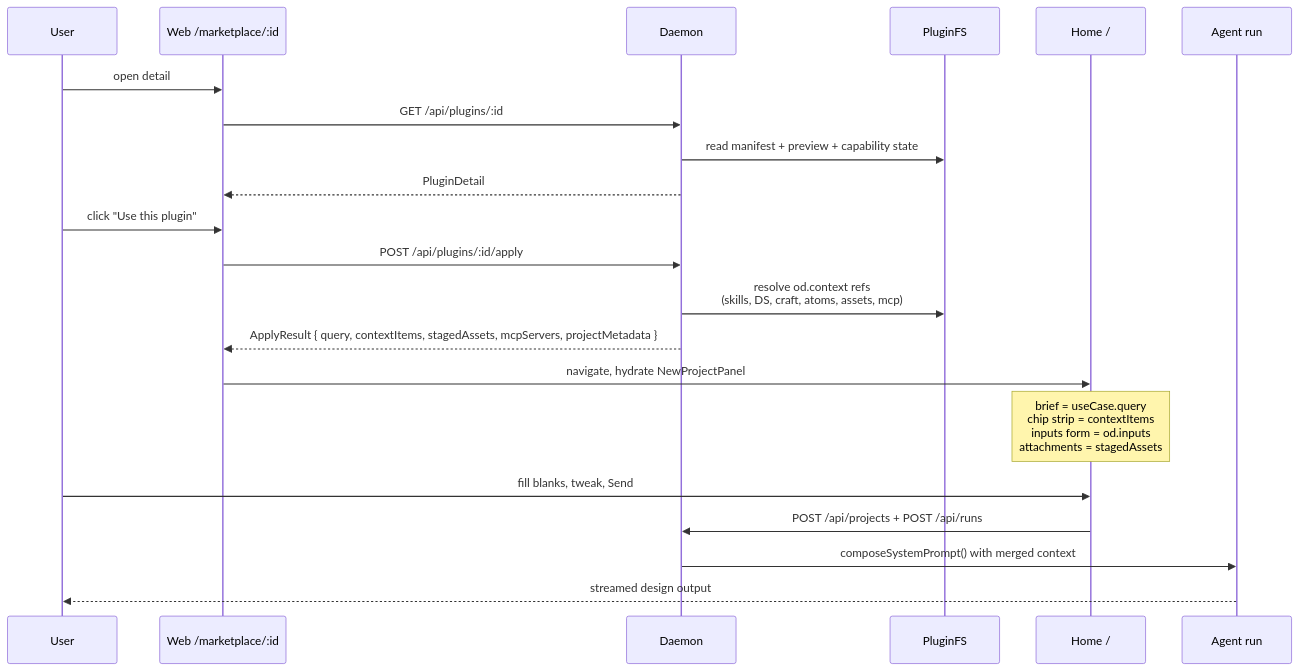
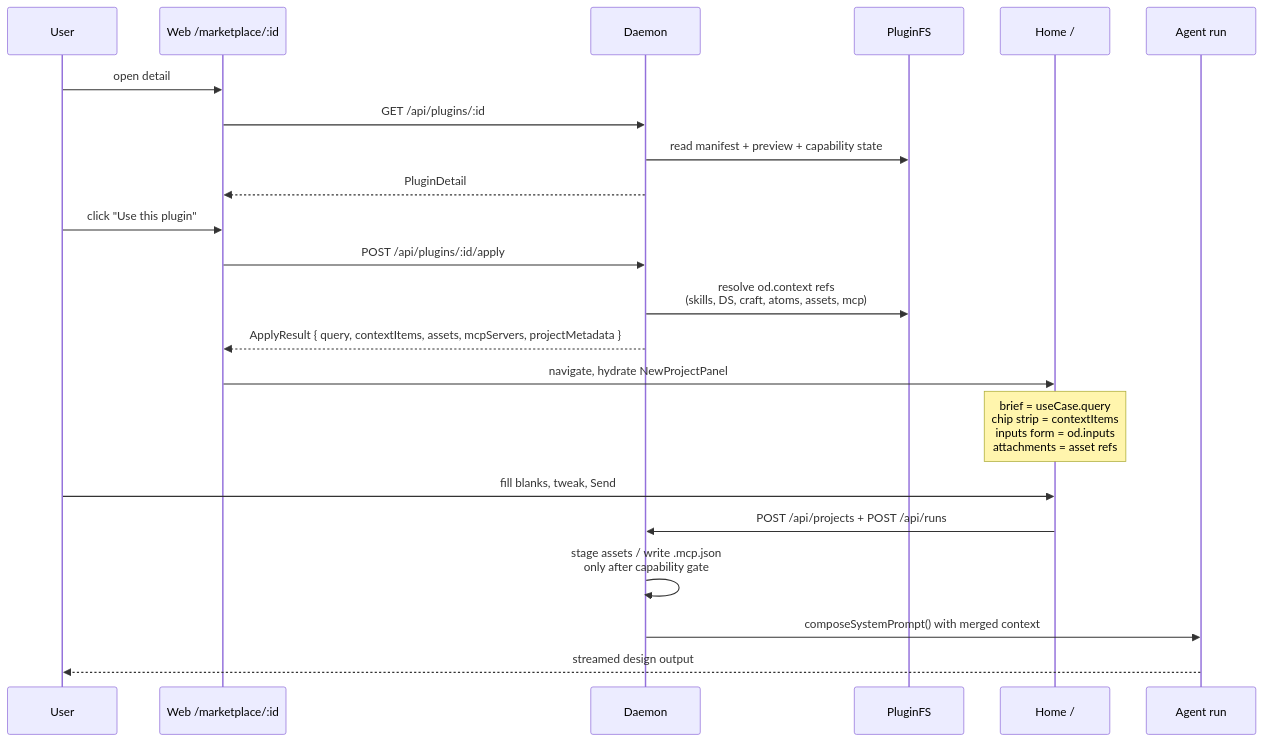
Before and after one commit to diginex-jeff-li/open-design: the second of 4 diagrams in docs/plugins-spec.md, drawn with Mermaid. The commit also changed other lines of this file and 1 other file, not shown here.

````diff
--- a/docs/plugins-spec.md
+++ b/docs/plugins-spec.md
@@ -279,24 +470,25 @@
 ```mermaid
 sequenceDiagram
   participant U as User
   participant W as Web /marketplace/:id
   participant D as Daemon
   participant FS as PluginFS
   participant H as Home /
   participant A as Agent run
 
   U->>W: open detail
   W->>D: GET /api/plugins/:id
   D->>FS: read manifest + preview + capability state
   D-->>W: PluginDetail
   U->>W: click "Use this plugin"
   W->>D: POST /api/plugins/:id/apply
   D->>FS: resolve od.context refs<br/>(skills, DS, craft, atoms, assets, mcp)
-  D-->>W: ApplyResult { query, contextItems, stagedAssets, mcpServers, projectMetadata }
+  D-->>W: ApplyResult { query, contextItems, assets, mcpServers, projectMetadata }
   W->>H: navigate, hydrate NewProjectPanel
-  Note over H: brief = useCase.query<br/>chip strip = contextItems<br/>inputs form = od.inputs<br/>attachments = stagedAssets
+  Note over H: brief = useCase.query<br/>chip strip = contextItems<br/>inputs form = od.inputs<br/>attachments = asset refs
   U->>H: fill blanks, tweak, Send
   H->>D: POST /api/projects + POST /api/runs
+  D->>D: stage assets / write .mcp.json<br/>only after capability gate
   D->>A: composeSystemPrompt() with merged context
   A-->>U: streamed design output
 ```
````
